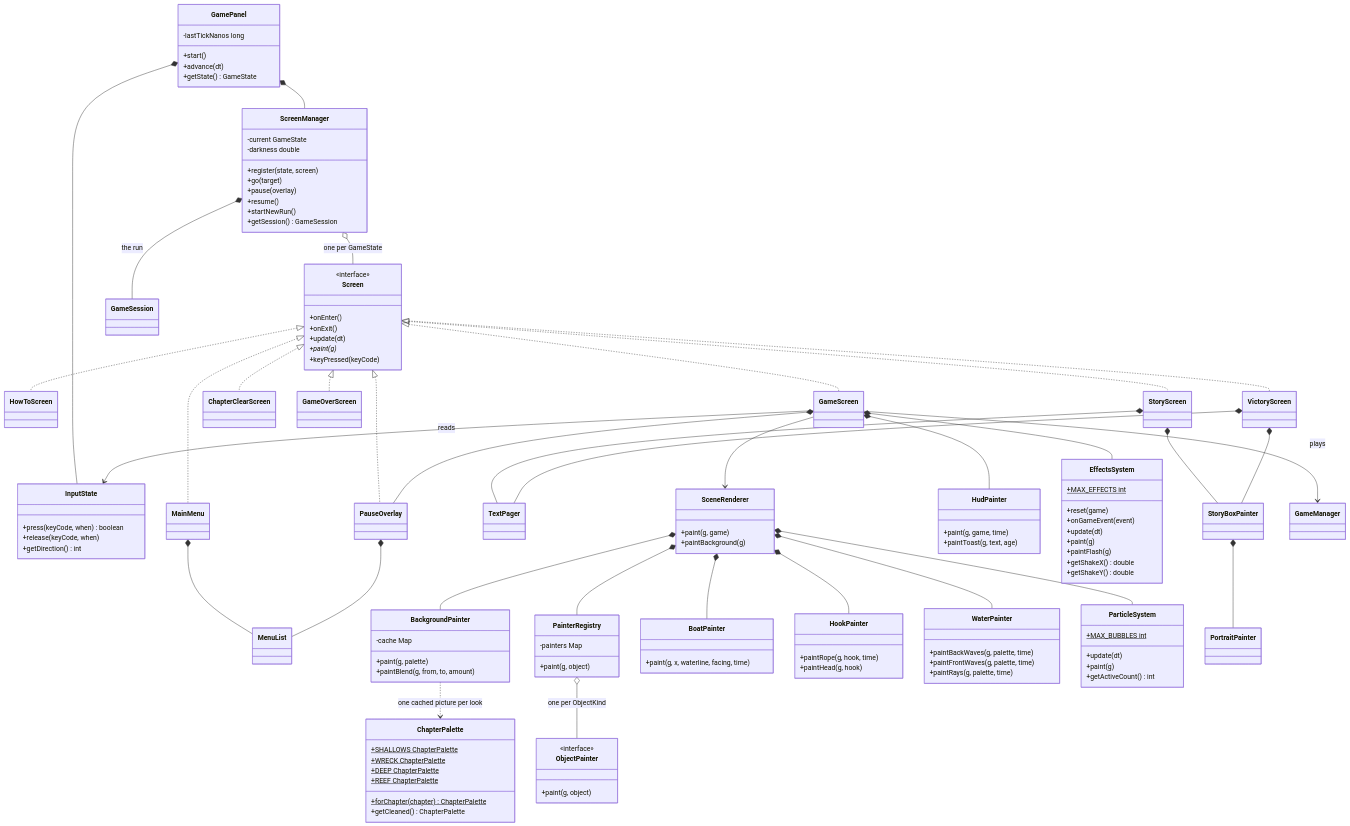
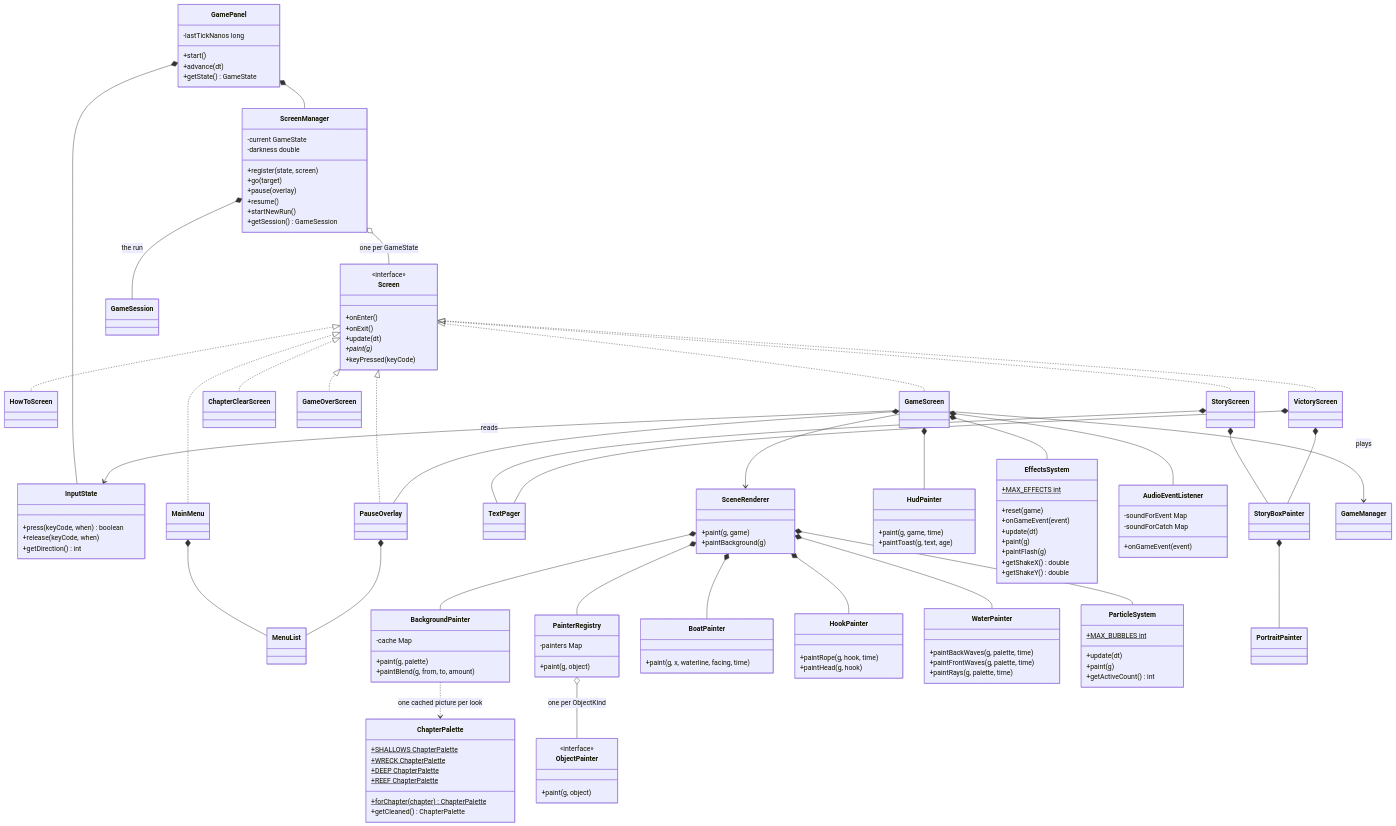
The fifth of 6 diagrams in docs/class-diagram.md (NJJAV33/Fish2trash), drawn with Mermaid before and after one commit. The commit also changed other lines of this file and 24 other files, not shown here.

```diff
--- a/docs/class-diagram.md
+++ b/docs/class-diagram.md
@@ -567,6 +567,12 @@
         +getCleaned() ChapterPalette
     }
 
+    class AudioEventListener {
+        -soundForEvent Map
+        -soundForCatch Map
+        +onGameEvent(event)
+    }
+
     class StoryBoxPainter
     class PortraitPainter
     class GameSession
@@ -594,6 +600,7 @@
     GameScreen *-- PauseOverlay
     GameScreen *-- HudPainter
     GameScreen *-- EffectsSystem
+    GameScreen *-- AudioEventListener
     GameScreen --> GameManager : plays
     GameScreen --> SceneRenderer
     GameScreen --> InputState : reads
```
